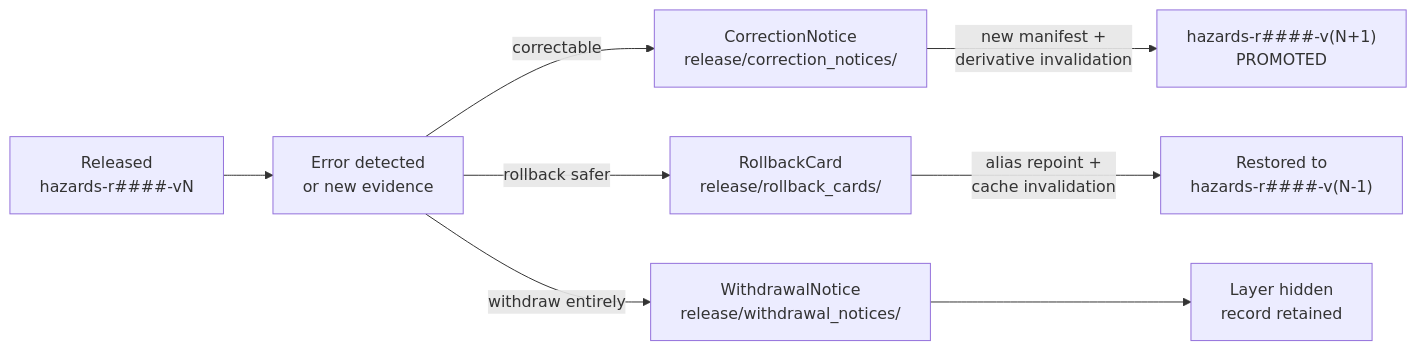
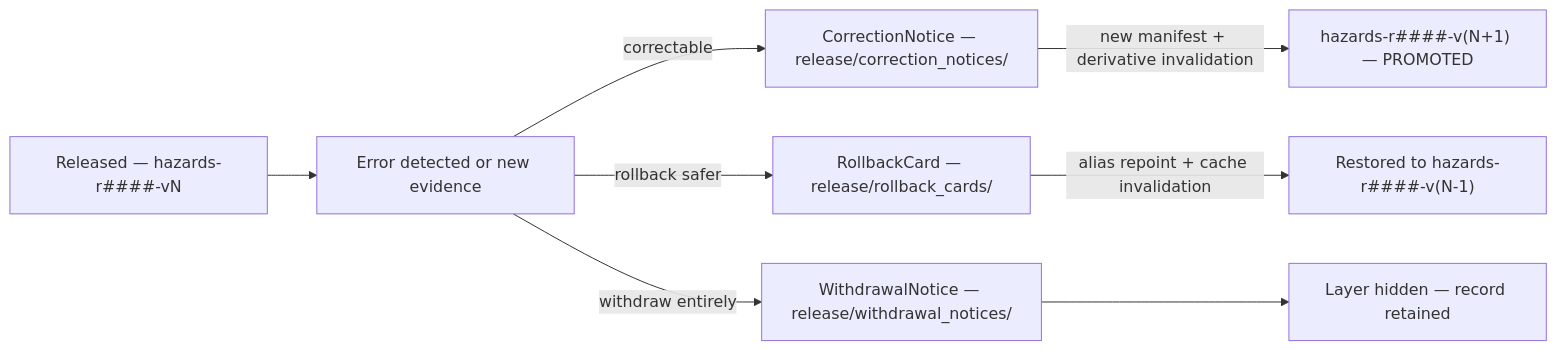
Before and after one commit to bartytime4life/Kansas-Frontier-Matrix: the fourth of 4 diagrams in docs/domains/hazards/RELEASE_INDEX.md, drawn with Mermaid. The commit also changed other lines of this file, not shown here.

````diff
--- a/docs/domains/hazards/RELEASE_INDEX.md
+++ b/docs/domains/hazards/RELEASE_INDEX.md
@@ -571,29 +552,19 @@
 ```mermaid
 flowchart LR
-  PUB["Released
-hazards-r####-vN"]
-  ERR["Error detected
-or new evidence"]
-  CN["CorrectionNotice
-release/correction_notices/"]
-  NEWPUB["hazards-r####-v(N+1)
-PROMOTED"]
-  RBK["RollbackCard
-release/rollback_cards/"]
-  PRIOR["Restored to
-hazards-r####-v(N-1)"]
-  WD["WithdrawalNotice
-release/withdrawal_notices/"]
-  HID["Layer hidden
-record retained"]
+  PUB["Released — hazards-r####-vN"]
+  ERR["Error detected or new evidence"]
+  CN["CorrectionNotice — release/correction_notices/"]
+  NEWPUB["hazards-r####-v(N+1) — PROMOTED"]
+  RBK["RollbackCard — release/rollback_cards/"]
+  PRIOR["Restored to hazards-r####-v(N-1)"]
+  WD["WithdrawalNotice — release/withdrawal_notices/"]
+  HID["Layer hidden — record retained"]
 
   PUB --> ERR
   ERR -- "correctable" --> CN
-  CN -->|"new manifest +
-derivative invalidation"| NEWPUB
+  CN -->|"new manifest + derivative invalidation"| NEWPUB
   ERR -- "rollback safer" --> RBK
-  RBK -->|"alias repoint +
-cache invalidation"| PRIOR
+  RBK -->|"alias repoint + cache invalidation"| PRIOR
   ERR -- "withdraw entirely" --> WD
   WD --> HID
 ```
````
